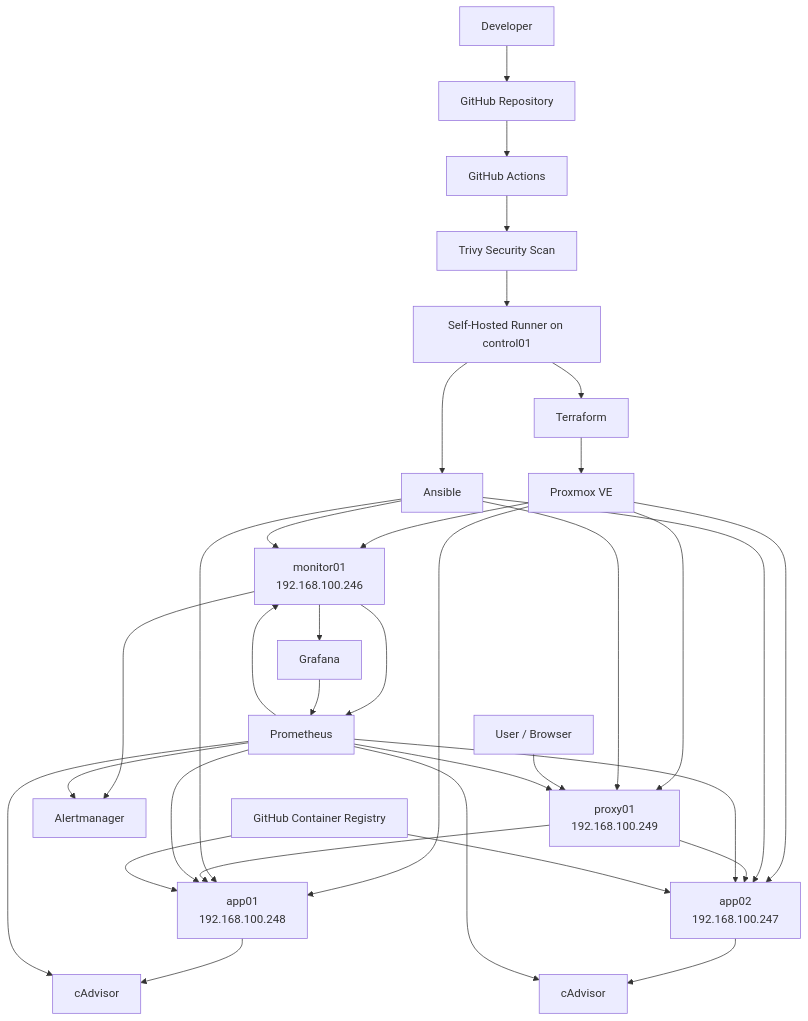
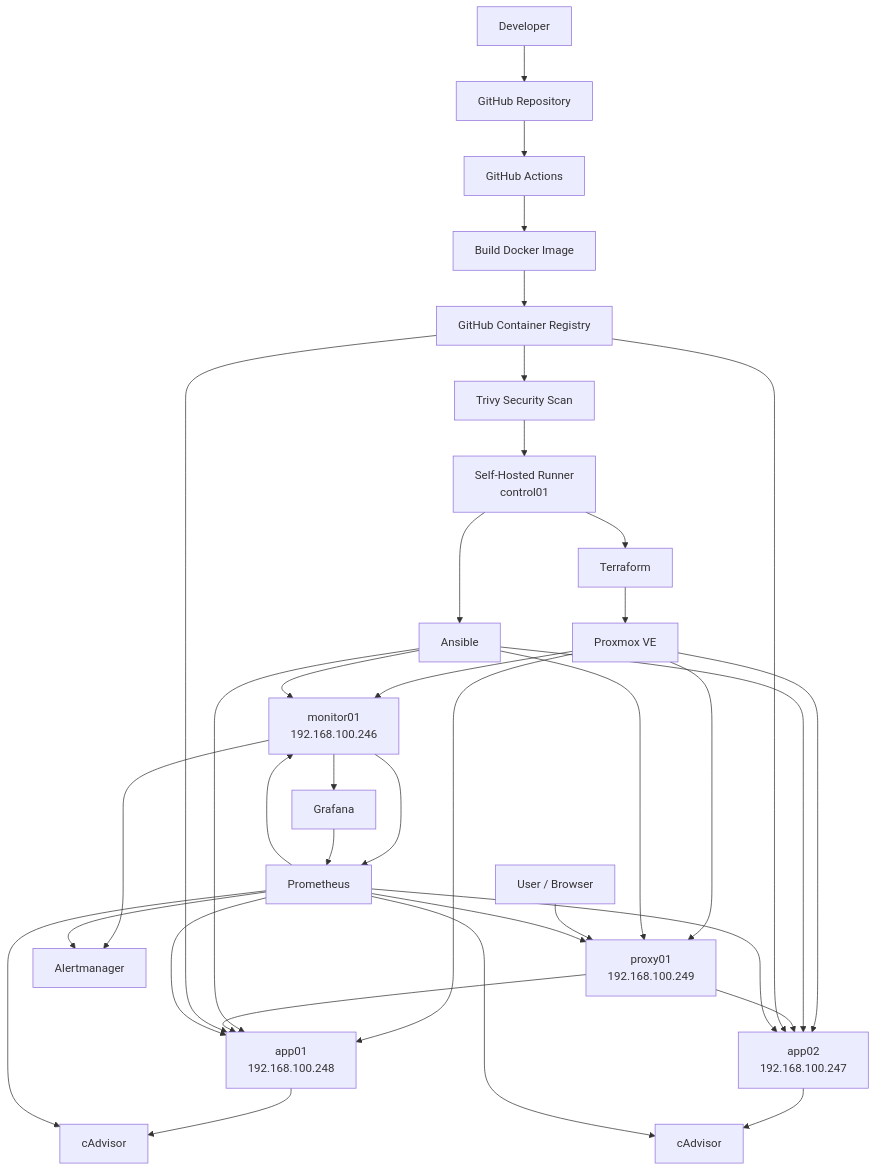
Before and after one commit to dani21894/DevOps-Homelab-Project: the first of 3 diagrams in README.md, drawn with Mermaid. The commit also changed other lines of this file, not shown here.

````diff
--- a/README.md
+++ b/README.md
@@ -7,48 +11,51 @@
 ```mermaid
 flowchart TD
     DEV[Developer] --> GH[GitHub Repository]
     GH --> GHA[GitHub Actions]
 
-    GHA --> TRIVY[Trivy Security Scan]
-    TRIVY --> RUNNER[Self-Hosted Runner on control01]
+    GHA --> BUILD[Build Docker Image]
+    BUILD --> GHCR[GitHub Container Registry]
+    GHCR --> TRIVY[Trivy Security Scan]
+
+    TRIVY --> RUNNER[Self-Hosted Runner<br/>control01]
 
     RUNNER --> TF[Terraform]
     RUNNER --> ANS[Ansible]
 
     TF --> PVE[Proxmox VE]
 
     PVE --> APP1[app01<br/>192.168.100.248]
     PVE --> APP2[app02<br/>192.168.100.247]
     PVE --> PROXY[proxy01<br/>192.168.100.249]
     PVE --> MON[monitor01<br/>192.168.100.246]
 
     ANS --> APP1
     ANS --> APP2
     ANS --> PROXY
     ANS --> MON
 
     USER[User / Browser] --> PROXY
 
     PROXY --> APP1
     PROXY --> APP2
 
+    GHCR --> APP1
+    GHCR --> APP2
+
     APP1 --> CAD1[cAdvisor]
     APP2 --> CAD2[cAdvisor]
 
     MON --> PROM[Prometheus]
     MON --> GRAF[Grafana]
     MON --> ALERT[Alertmanager]
 
     PROM --> APP1
     PROM --> APP2
     PROM --> PROXY
     PROM --> MON
     PROM --> CAD1
     PROM --> CAD2
 
     PROM --> ALERT
     GRAF --> PROM
-
-    GHCR[GitHub Container Registry] --> APP1
-    GHCR --> APP2
 ```
````
